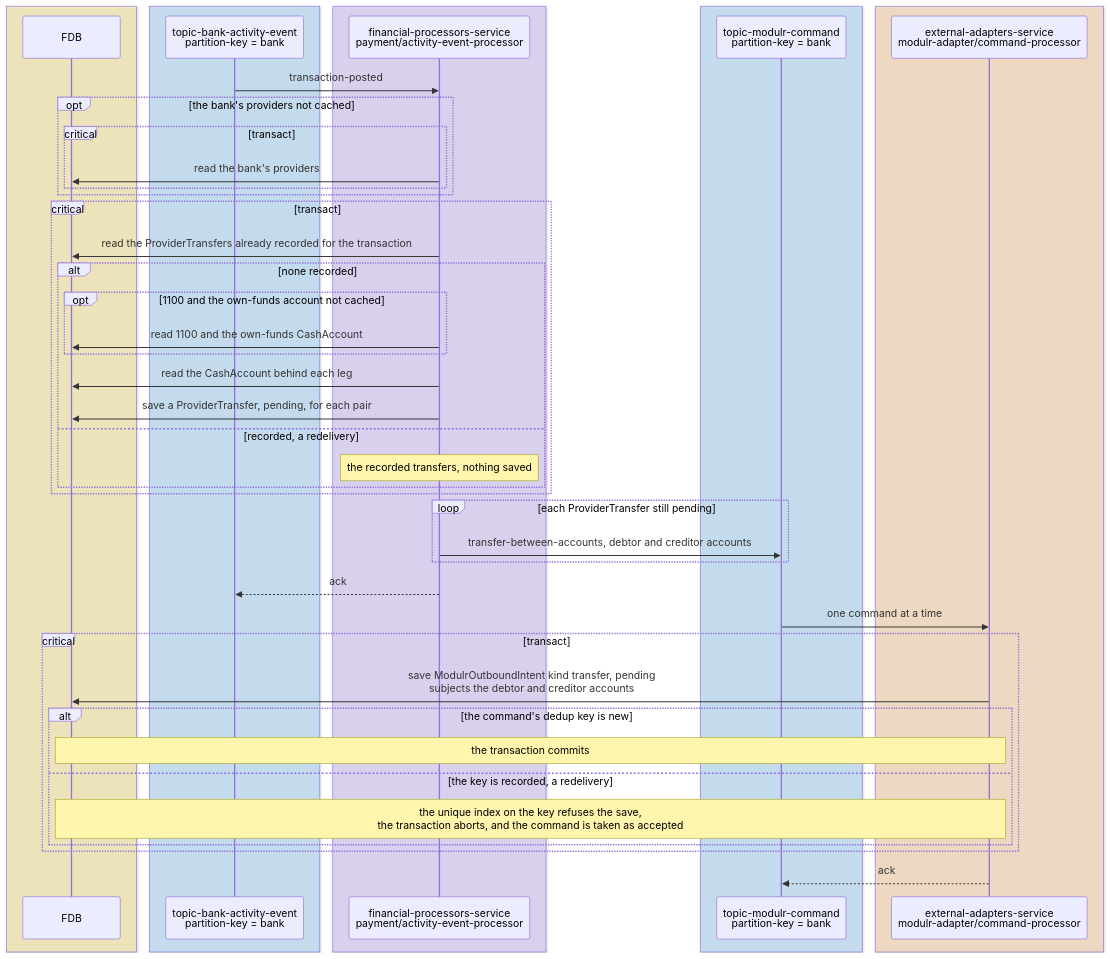
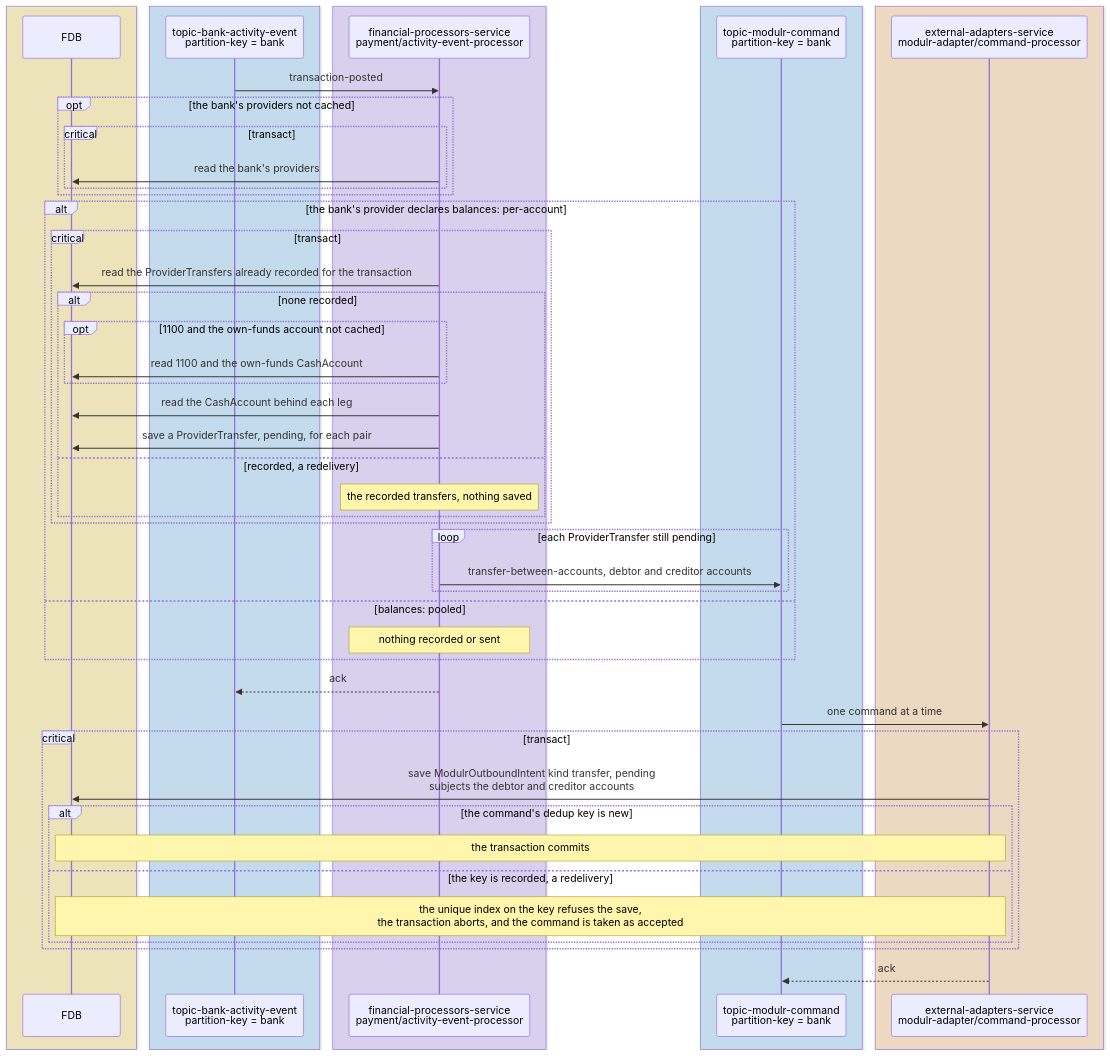
Before and after one commit to repldriven/queenswood: the fifth of 7 diagrams in docs/tdd/payments-internal.md, drawn with Mermaid. The commit also changed other lines of this file, not shown here.

Commit message:
Draw the pooled provider as the branch the activity processor takes

````diff
--- a/docs/tdd/payments-internal.md
+++ b/docs/tdd/payments-internal.md
@@ -257,50 +260,54 @@
 ```mermaid
 sequenceDiagram
     box rgba(255, 236, 153, 0.5)
     participant DB as FDB
     end
     box rgba(165, 216, 255, 0.45)
     participant AE as topic-bank-activity-event<br/>partition-key = bank
     end
     box rgba(208, 191, 255, 0.45)
     participant AP as financial-processors-service<br/>payment/activity-event-processor
     end
     box rgba(165, 216, 255, 0.45)
     participant MC as topic-modulr-command<br/>partition-key = bank
     end
     box rgba(255, 216, 168, 0.5)
     participant AD as external-adapters-service<br/>modulr-adapter/command-processor
     end
     AE->>AP: transaction-posted
     opt the bank's providers not cached
     critical transact
     AP->>DB: read the bank's providers
     end
     end
+    alt the bank's provider declares balances: per-account
     critical transact
     AP->>DB: read the ProviderTransfers already recorded for the transaction
     alt none recorded
     opt 1100 and the own-funds account not cached
     AP->>DB: read 1100 and the own-funds CashAccount
     end
     AP->>DB: read the CashAccount behind each leg
     AP->>DB: save a ProviderTransfer, pending, for each pair
     else recorded, a redelivery
     Note over AP: the recorded transfers, nothing saved
     end
     end
     loop each ProviderTransfer still pending
     AP->>MC: transfer-between-accounts, debtor and creditor accounts
     end
+    else balances: pooled
+    Note over AP: nothing recorded or sent
+    end
     AP-->>AE: ack
     MC->>AD: one command at a time
     critical transact
     AD->>DB: save ModulrOutboundIntent kind transfer, pending<br/>subjects the debtor and creditor accounts
     alt the command's dedup key is new
     Note over AD,DB: the transaction commits
     else the key is recorded, a redelivery
     Note over AD,DB: the unique index on the key refuses the save,<br/>the transaction aborts, and the command is taken as accepted
     end
     end
     AD-->>MC: ack
 ```
````
